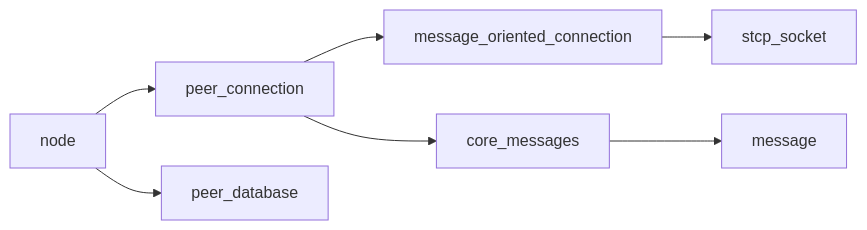
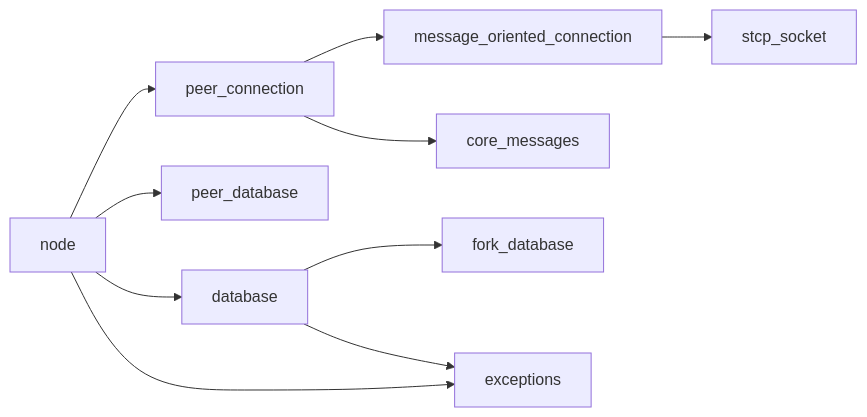
One commit to VIZ-Blockchain/viz-cpp-node changed the tenth of 10 diagrams in .qoder/repowiki/en/content/Architecture Overview/Core Libraries/Network Library/Peer Connection Management.md. Above: the diagram before and after it, drawn with Mermaid. The commit also changed other lines of this file and 4 other files, not shown here.

````diff
--- a/.qoder/repowiki/en/content/Architecture Overview/Core Libraries/Network Library/Peer Connection Management.md
+++ b/.qoder/repowiki/en/content/Architecture Overview/Core Libraries/Network Library/Peer Connection Management.md
@@ -433,9 +513,12 @@
 ```mermaid
 graph LR
 PC["peer_connection"] --> MOC["message_oriented_connection"]
 MOC --> STCP["stcp_socket"]
 PC --> CM["core_messages"]
 N["node"] --> PC
 N --> PD["peer_database"]
-CM --> MSG["message"]
+N --> DB["database"]
+DB --> FD["fork_database"]
+DB --> EX["exceptions"]
+N --> EX
 ```
````
